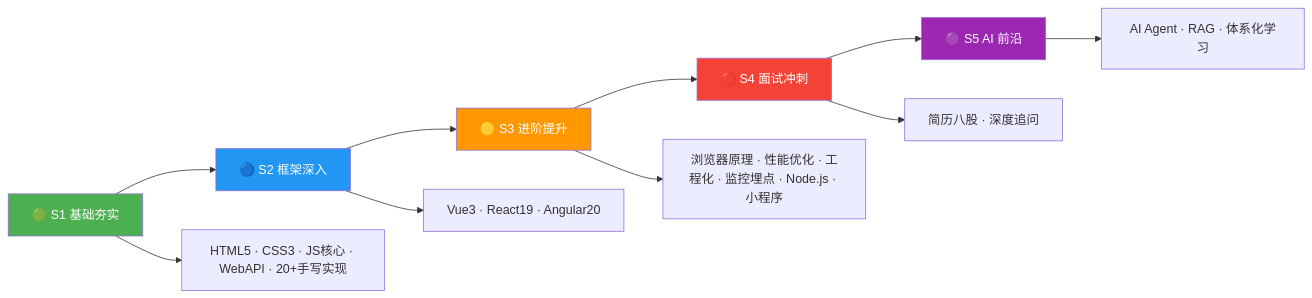
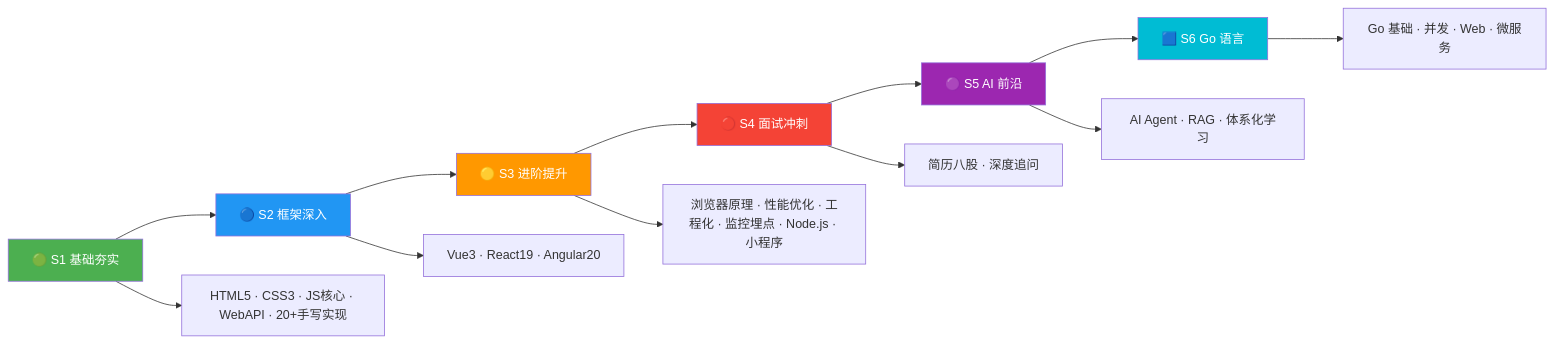
The diagram in index.md (KMaybe01/common), drawn with Mermaid before and after one commit. The commit also changed other lines of this file and 8 other files, not shown here.

````diff
--- a/index.md
+++ b/index.md
@@ -45,17 +49,20 @@
 ```mermaid
 graph LR
     S1["🟢 S1 基础夯实"] --> S2["🔵 S2 框架深入"]
     S2 --> S3["🟡 S3 进阶提升"]
     S3 --> S4["🔴 S4 面试冲刺"]
     S4 --> S5["🟣 S5 AI 前沿"]
+    S5 --> S6["🟦 S6 Go 语言"]
     S1 --> A["HTML5 · CSS3 · JS核心 · WebAPI · 20+手写实现"]
     S2 --> B["Vue3 · React19 · Angular20"]
     S3 --> C["浏览器原理 · 性能优化 · 工程化 · 监控埋点 · Node.js · 小程序"]
     S4 --> D["简历八股 · 深度追问"]
     S5 --> E["AI Agent · RAG · 体系化学习"]
+    S6 --> F["Go 基础 · 并发 · Web · 微服务"]
     style S1 fill:#4caf50,color:#fff
     style S2 fill:#2196f3,color:#fff
     style S3 fill:#ff9800,color:#fff
     style S4 fill:#f44336,color:#fff
     style S5 fill:#9c27b0,color:#fff
+    style S6 fill:#00bcd4,color:#fff
 ```
````
